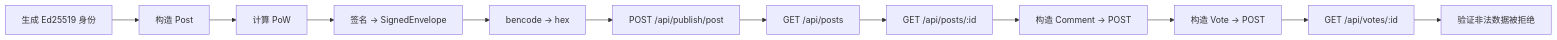
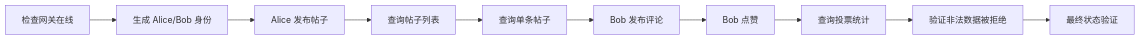
One commit to AI1379/actinium-cast changed the diagram in docs/GUIDE.md. Above: the diagram before and after it, drawn with Mermaid. The commit also changed other lines of this file and 8 other files, not shown here.

````diff
--- a/docs/GUIDE.md
+++ b/docs/GUIDE.md
@@ -271,14 +269,12 @@
 ```mermaid
 graph LR
-    A[生成 Ed25519 身份] --> B[构造 Post]
-    B --> C[计算 PoW]
-    C --> D[签名 → SignedEnvelope]
-    D --> E[bencode → hex]
-    E --> F[POST /api/publish/post]
-    F --> G[GET /api/posts]
-    G --> H[GET /api/posts/:id]
-    H --> I[构造 Comment → POST]
-    I --> J[构造 Vote → POST]
-    J --> K[GET /api/votes/:id]
-    K --> L[验证非法数据被拒绝]
+    A[检查网关在线] --> B[生成 Alice/Bob 身份]
+    B --> C[Alice 发布帖子]
+    C --> D[查询帖子列表]
+    D --> E[查询单条帖子]
+    E --> F[Bob 发布评论]
+    F --> G[Bob 点赞]
+    G --> H[查询投票统计]
+    H --> I[验证非法数据被拒绝]
+    I --> J[最终状态验证]
 ```
````
